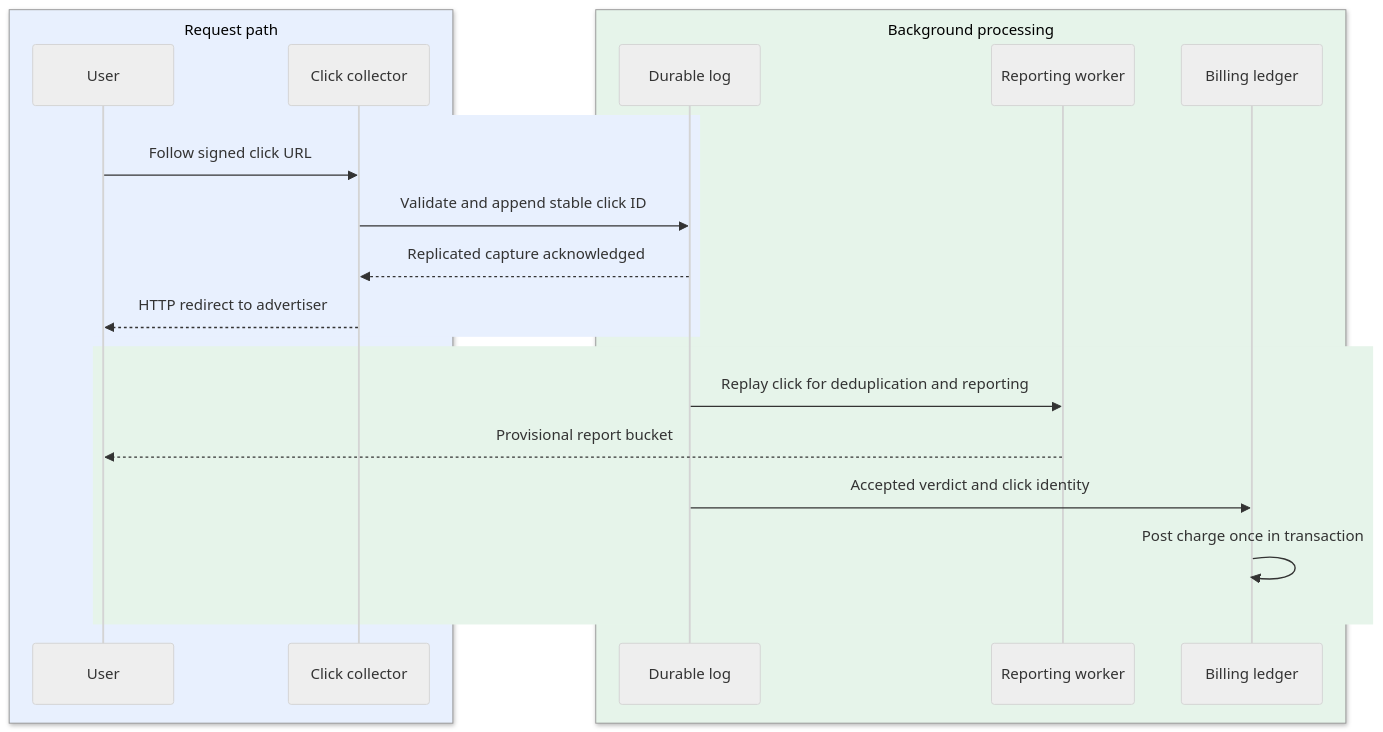
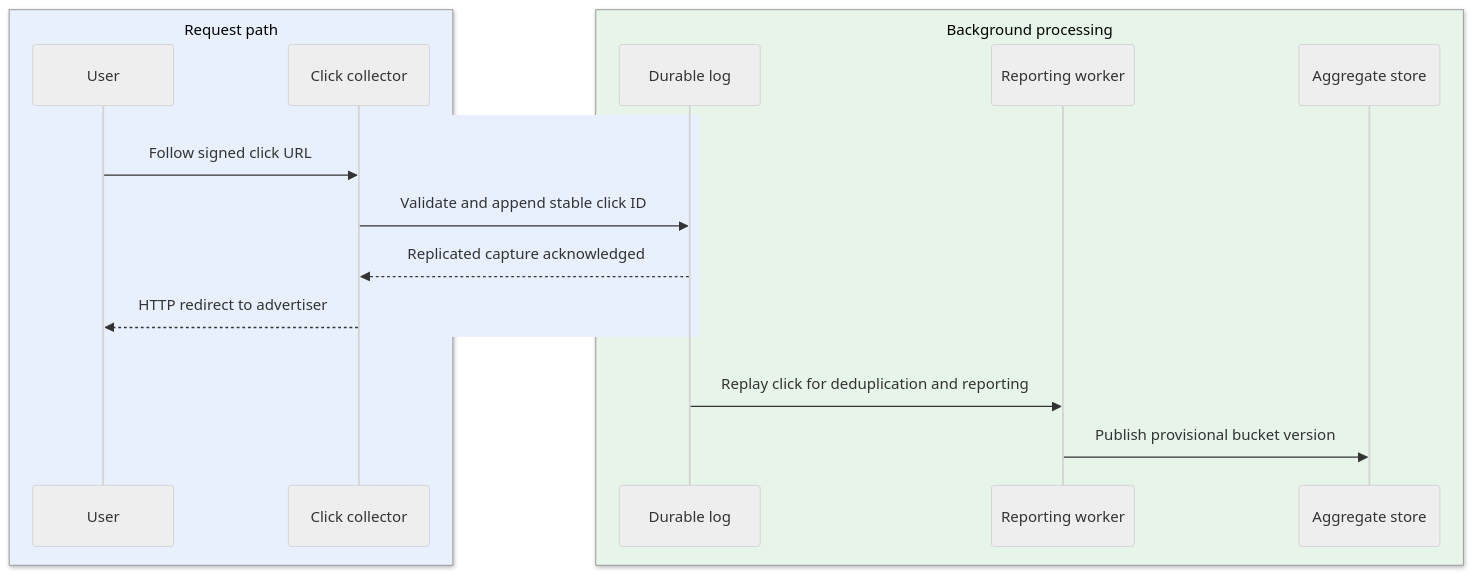
The second of 4 diagrams in _designs/system-design-ad-click-aggregator.md (iliazlobin/iliazlobin.github.io), drawn with Mermaid (neutral theme) before and after one commit. The commit also changed other lines of this file and 7 other files, not shown here.

Commit message:
Keep simplified design sequences behind service boundaries

````diff
--- a/_designs/system-design-ad-click-aggregator.md
+++ b/_designs/system-design-ad-click-aggregator.md
@@ -170,24 +170,22 @@
 ```mermaid
 sequenceDiagram
   box rgb(232,240,254) Request path
     participant U as User
     participant A as Click collector
   end
   box rgb(230,244,234) Background processing
     participant D as Durable log
     participant W as Reporting worker
-    participant C as Billing ledger
+    participant R as Aggregate store
   end
   rect rgb(232,240,254)
     U->>A: Follow signed click URL
     A->>D: Validate and append stable click ID
     D-->>A: Replicated capture acknowledged
     A-->>U: HTTP redirect to advertiser
   end
   rect rgb(230,244,234)
     D->>W: Replay click for deduplication and reporting
-    W-->>U: Provisional report bucket
-    D->>C: Accepted verdict and click identity
-    C->>C: Post charge once in transaction
+    W->>R: Publish provisional bucket version
   end
 ```
````
